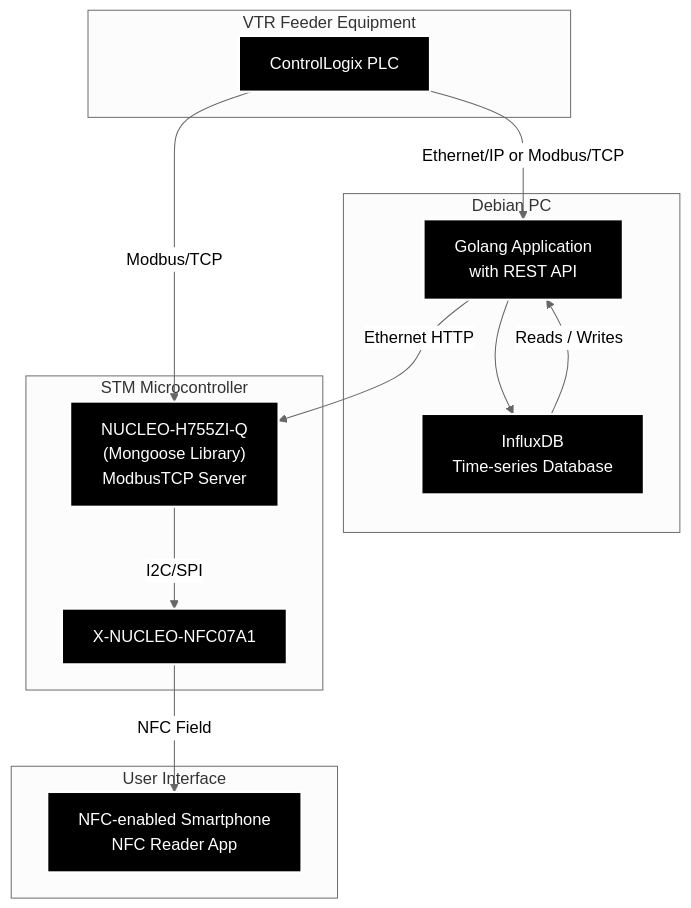
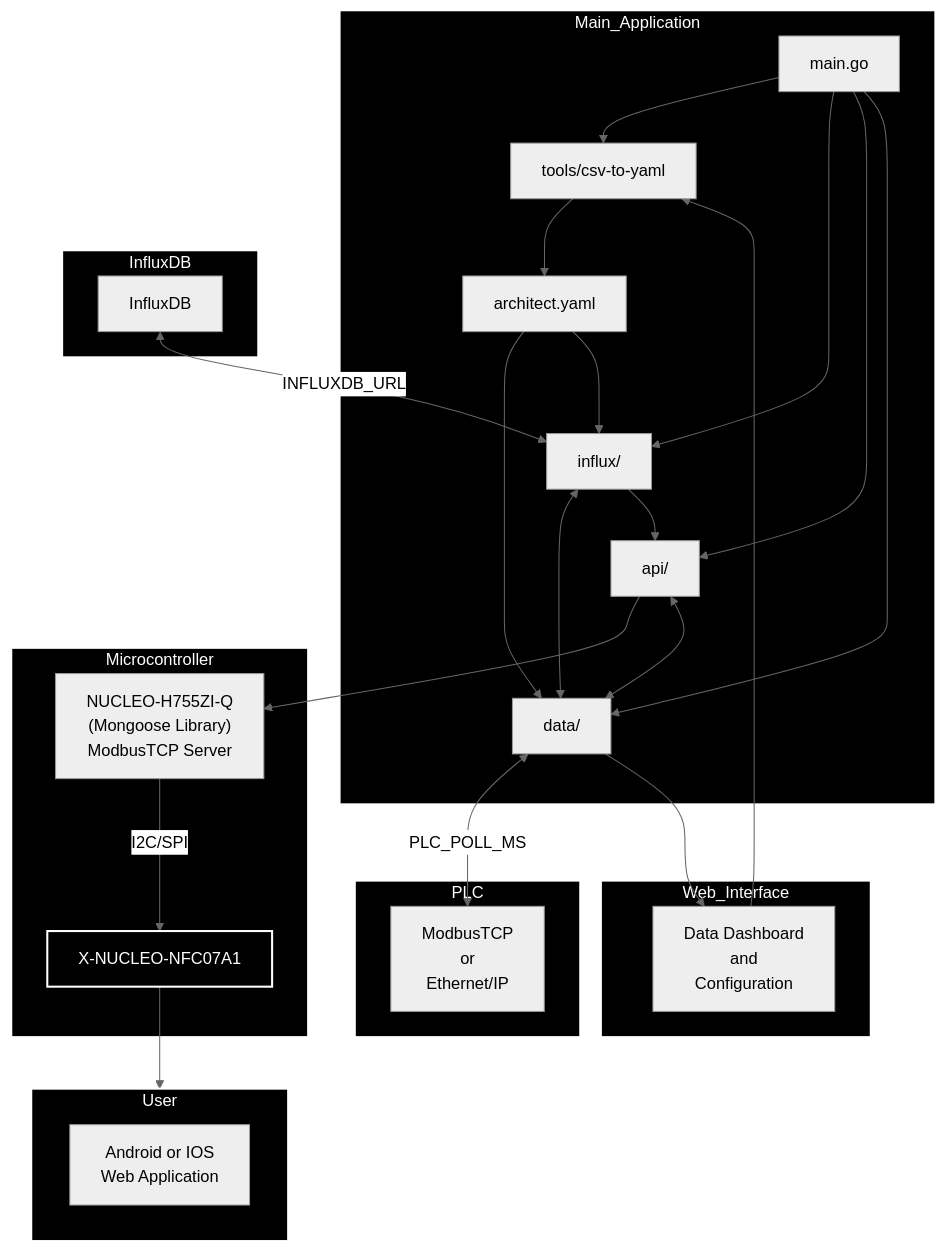
One commit to vtrgo/vtrgo-data-dashboard changed the diagram in MERMAID.md. Above: the diagram before and after it, drawn with Mermaid (neutral theme).

````diff
--- a/MERMAID.md
+++ b/MERMAID.md
@@ -1,33 +1,63 @@
 ```mermaid
-graph TD
-    subgraph VTR Feeder Equipment
-        PLC["ControlLogix PLC"]
+flowchart TD
+    subgraph Main_Application
+        main_go["main.go"]
+        api["api/"]
+        data["data/"]
+        influx["influx/"]
+        tools["tools/csv-to-yaml"]
+        architect_yaml["architect.yaml"]
     end
 
-    subgraph Debian PC
-        PC_App["Golang Application <br> with REST API"] --> InfluxDB["InfluxDB <br> Time-series Database"]
+    subgraph PLC
+        plc_conn["ModbusTCP <br> or <br> Ethernet/IP"]
     end
 
-    subgraph STM Microcontroller
-        NUCLEO["NUCLEO-H755ZI-Q <br> (Mongoose Library) <br> ModbusTCP Server"]
-        NFC_Board["X-NUCLEO-NFC07A1"]
+    subgraph InfluxDB
+        influxdb["InfluxDB"]
     end
 
-    subgraph User Interface
-        Smartphone["NFC-enabled Smartphone <br> NFC Reader App"]
+    subgraph Web_Interface
+        web_config["Data Dashboard <br> and <br> Configuration "]
     end
 
-    PLC -- "Ethernet/IP or Modbus/TCP" --> PC_App
-    InfluxDB -- "Reads / Writes" --> PC_App
-    PC_App -- "Ethernet HTTP" --> NUCLEO
-    PLC -- "Modbus/TCP" --> NUCLEO
-    NUCLEO -- "I2C/SPI" --> NFC_Board
-    NFC_Board -- "NFC Field" --> Smartphone
+    subgraph Microcontroller
+        microcontroller["NUCLEO-H755ZI-Q <br> (Mongoose Library) <br> ModbusTCP Server"]
+        NFC["X-NUCLEO-NFC07A1"]
+    end
 
+    subgraph User
+        android["Android or IOS <br>Web Application"]
+    end
+
+    main_go --> tools
+    main_go --> influx
+    main_go --> api
+    main_go --> data
+
+    data <-- "PLC_POLL_MS" --> plc_conn
+    data --> web_config
+    api --> microcontroller
+    api <--> data
+
+    influxdb <-- "INFLUXDB_URL" --> influx
+    influx <--> data
+    influx --> api
+
+    tools --> architect_yaml
+    architect_yaml --> data
+    architect_yaml --> influx
+
+    microcontroller -- "I2C/SPI" --> NFC
+    NFC --> User
+
+    web_config --> tools
+
+    style Main_Application fill:#000,stroke:#fff,color:#fff,stroke-width:2px
     style PLC fill:#000,stroke:#fff,color:#fff,stroke-width:2px
-    style PC_App fill:#000,stroke:#fff,color:#fff,stroke-width:2px
+    style Web_Interface fill:#000,stroke:#fff,color:#fff,stroke-width:2px
     style InfluxDB fill:#000,stroke:#fff,color:#fff,stroke-width:2px
-    style NUCLEO fill:#000,stroke:#fff,color:#fff,stroke-width:2px
-    style NFC_Board fill:#000,stroke:#fff,color:#fff,stroke-width:2px
-    style Smartphone fill:#000,stroke:#fff,color:#fff,stroke-width:2px
+    style Microcontroller fill:#000,stroke:#fff,color:#fff,stroke-width:2px
+    style NFC fill:#000,stroke:#fff,color:#fff,stroke-width:2px
+    style User fill:#000,stroke:#fff,color:#fff,stroke-width:2px
 ```
````
